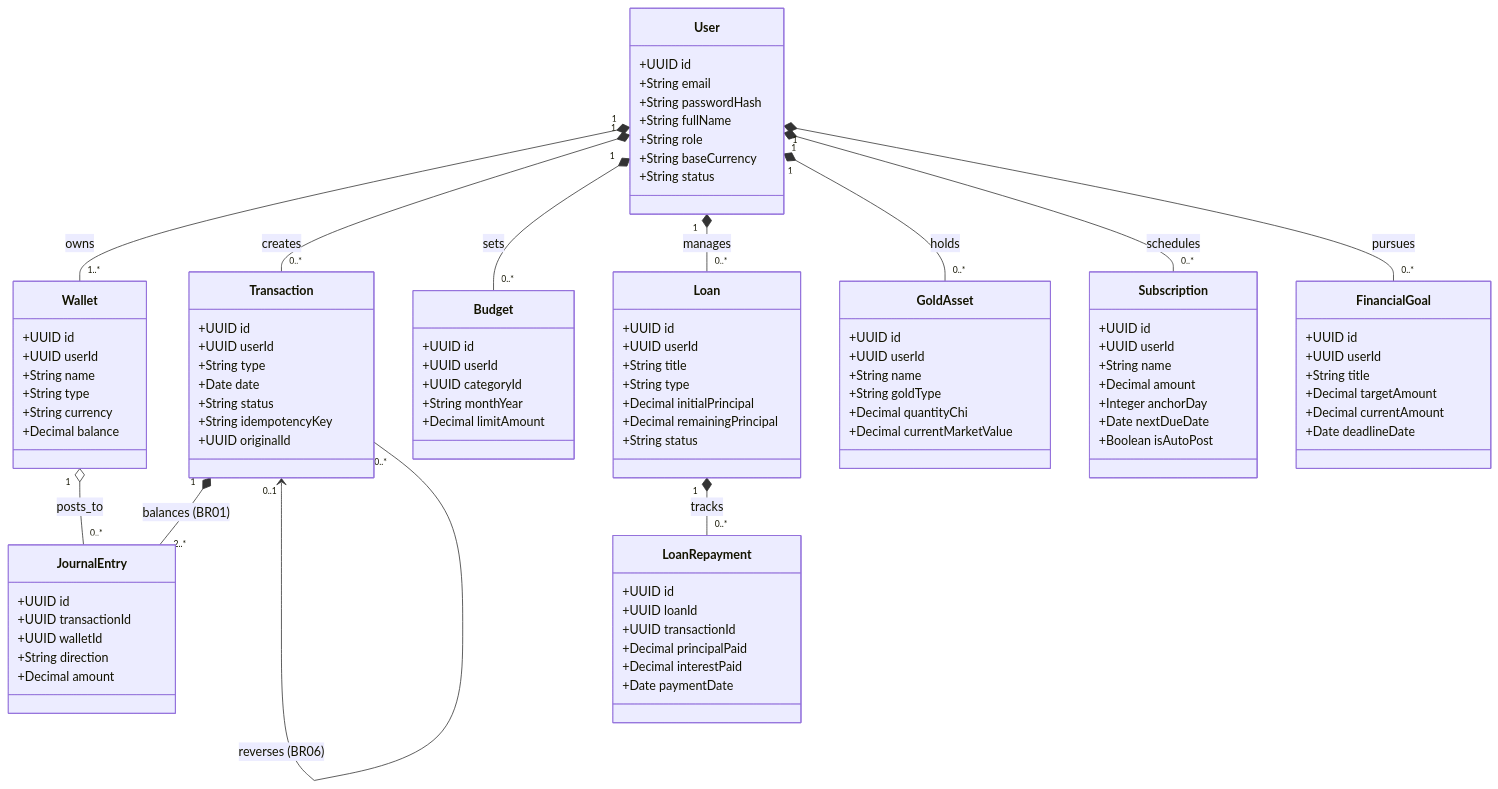
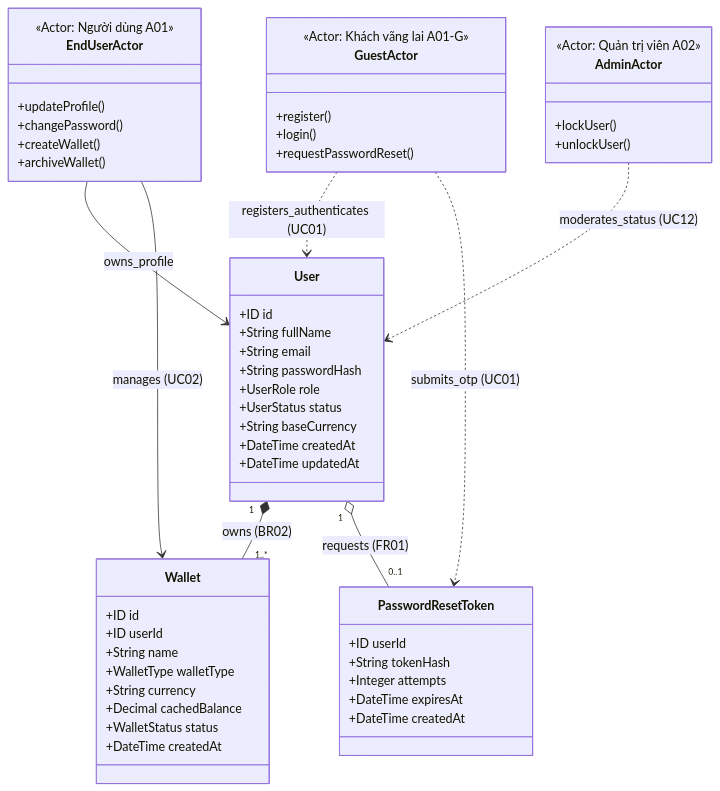
Before and after one commit to huytothevoz/SE---Microfinance-Personal-Wealth-Expense-Tracker: the first of 2 diagrams in docs/02_elaboration/uml_modeling/class_diagram.md, drawn with Mermaid. The commit also changed other lines of this file and 12 other files, not shown here.

Commit message:
docs(uml): standardize and complete 11 activity diagrams with vector SVGs and update class diagrams

````diff
--- a/docs/02_elaboration/uml_modeling/class_diagram.md
+++ b/docs/02_elaboration/uml_modeling/class_diagram.md
@@ -12,109 +25,68 @@
 classDiagram
     direction TB
 
+    %% Khai báo Actors tương tác
+    class GuestActor {
+        <<Actor: Khách vãng lai A01-G>>
+        +register()
+        +login()
+        +requestPasswordReset()
+    }
+
+    class EndUserActor {
+        <<Actor: Người dùng A01>>
+        +updateProfile()
+        +changePassword()
+        +createWallet()
+        +archiveWallet()
+    }
+
+    class AdminActor {
+        <<Actor: Quản trị viên A02>>
+        +lockUser()
+        +unlockUser()
+    }
+
+    %% Các thực thể nghiệp vụ (Entities)
     class User {
-        +UUID id
+        +ID id
+        +String fullName
         +String email
         +String passwordHash
-        +String fullName
-        +String role
+        +UserRole role
+        +UserStatus status
         +String baseCurrency
-        +String status
+        +DateTime createdAt
+        +DateTime updatedAt
     }
 
     class Wallet {
-        +UUID id
-        +UUID userId
+        +ID id
+        +ID userId
         +String name
-        +String type
+        +WalletType walletType
         +String currency
-        +Decimal balance
+        +Decimal cachedBalance
+        +WalletStatus status
+        +DateTime createdAt
     }
 
-    class Transaction {
-        +UUID id
-        +UUID userId
-        +String type
-        +Date date
-        +String status
-        +String idempotencyKey
-        +UUID originalId
+    class PasswordResetToken {
+        +ID userId
+        +String tokenHash
+        +Integer attempts
+        +DateTime expiresAt
+        +DateTime createdAt
     }
 
-    class JournalEntry {
-        +UUID id
-        +UUID transactionId
-        +UUID walletId
-        +String direction
-        +Decimal amount
-    }
+    %% Tương tác giữa Actors và Thực thể
+    GuestActor ..> User : registers_authenticates (UC01)
+    GuestActor ..> PasswordResetToken : submits_otp (UC01)
+    EndUserActor --> User : owns_profile
+    EndUserActor --> Wallet : manages (UC02)
+    AdminActor ..> User : moderates_status (UC12)
 
-    class Budget {
-        +UUID id
-        +UUID userId
-        +UUID categoryId
-        +String monthYear
-        +Decimal limitAmount
-    }
-
-    class Loan {
-        +UUID id
-        +UUID userId
-        +String title
-        +String type
-        +Decimal initialPrincipal
-        +Decimal remainingPrincipal
-        +String status
-    }
-
-    class LoanRepayment {
-        +UUID id
-        +UUID loanId
-        +UUID transactionId
-        +Decimal principalPaid
-        +Decimal interestPaid
-        +Date paymentDate
-    }
-
-    class GoldAsset {
-        +UUID id
-        +UUID userId
-        +String name
-        +String goldType
-        +Decimal quantityChi
-        +Decimal currentMarketValue
-    }
-
-    class Subscription {
-        +UUID id
-        +UUID userId
-        +String name
-        +Decimal amount
-        +Integer anchorDay
-        +Date nextDueDate
-        +Boolean isAutoPost
-    }
-
-    class FinancialGoal {
-        +UUID id
-        +UUID userId
-        +String title
-        +Decimal targetAmount
-        +Decimal currentAmount
-        +Date deadlineDate
-    }
-
-    %% Relationships
-    User "1" *-- "1..*" Wallet : owns
-    User "1" *-- "0..*" Transaction : creates
-    User "1" *-- "0..*" Budget : sets
-    User "1" *-- "0..*" Loan : manages
-    User "1" *-- "0..*" GoldAsset : holds
-    User "1" *-- "0..*" Subscription : schedules
-    User "1" *-- "0..*" FinancialGoal : pursues
-
-    Transaction "1" *-- "2..*" JournalEntry : balances (BR01)
-    Wallet "1" o-- "0..*" JournalEntry : posts_to
-    Transaction "0..1" <-- "0..*" Transaction : reverses (BR06)
-    Loan "1" *-- "0..*" LoanRepayment : tracks
+    %% Mối quan hệ giữa các Thực thể
+    User "1" *-- "1..*" Wallet : owns (BR02)
+    User "1" o-- "0..1" PasswordResetToken : requests (FR01)
 ```
````
